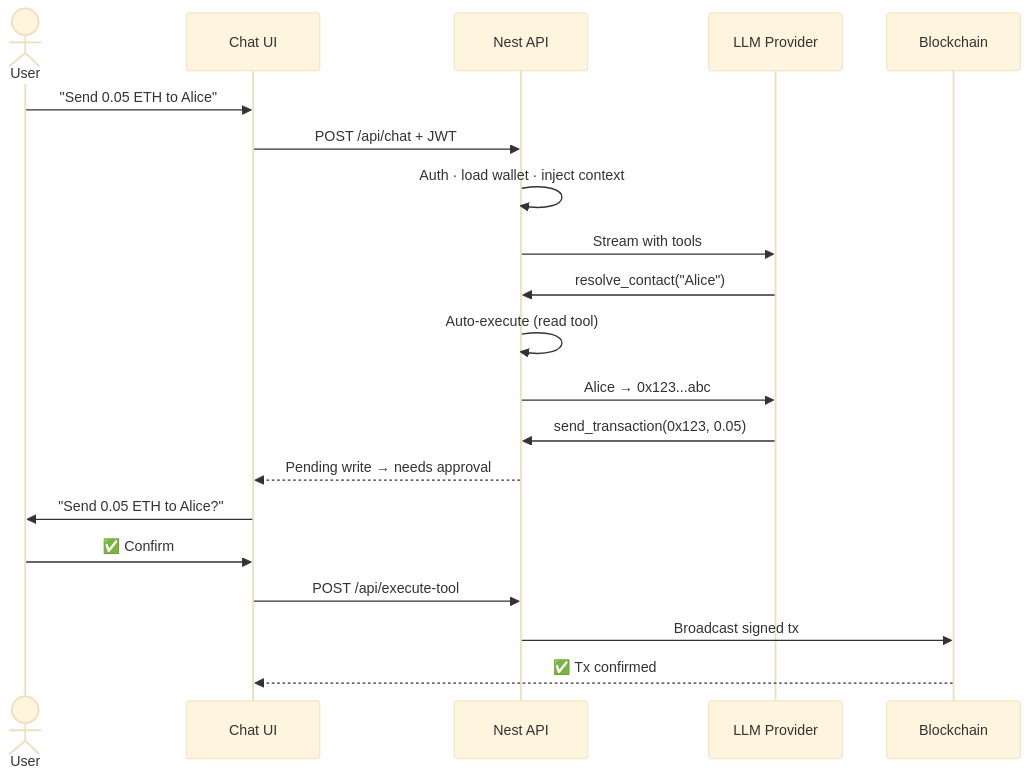
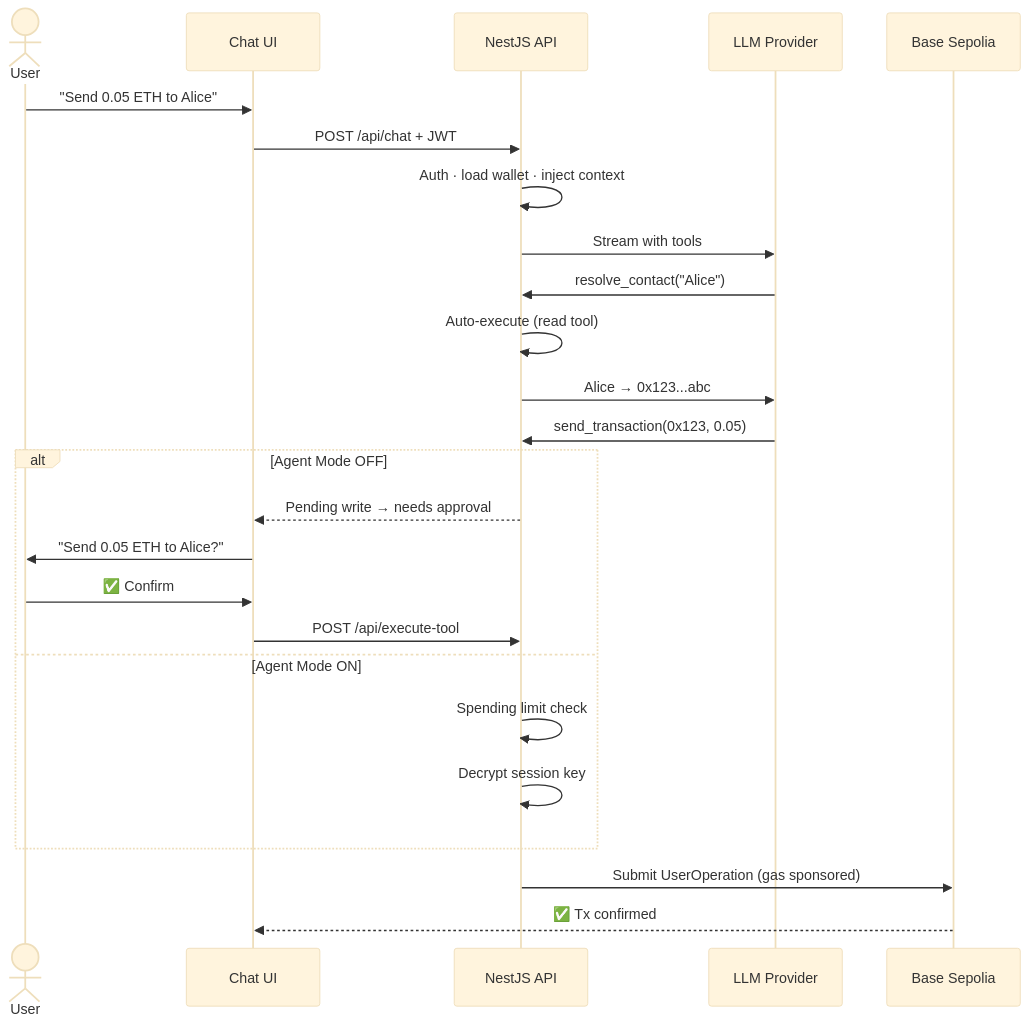
The third of 4 diagrams in README.md (Hitman350/Dimensity), drawn with Mermaid (base theme) before and after one commit. The commit also changed other lines of this file and 17 other files, not shown here.

````diff
--- a/README.md
+++ b/README.md
@@ -207,23 +261,28 @@
 ```mermaid
 sequenceDiagram
     actor User
     participant UI as Chat UI
-    participant API as Nest API
+    participant API as NestJS API
     participant LLM as LLM Provider
-    participant Chain as Blockchain
+    participant Chain as Base Sepolia
 
     User->>UI: "Send 0.05 ETH to Alice"
     UI->>API: POST /api/chat + JWT
     API->>API: Auth · load wallet · inject context
     API->>LLM: Stream with tools
     LLM->>API: resolve_contact("Alice")
     API->>API: Auto-execute (read tool)
     API->>LLM: Alice → 0x123...abc
     LLM->>API: send_transaction(0x123, 0.05)
-    API-->>UI: Pending write → needs approval
-    UI->>User: "Send 0.05 ETH to Alice?"
-    User->>UI: ✅ Confirm
-    UI->>API: POST /api/execute-tool
-    API->>Chain: Broadcast signed tx
+    alt Agent Mode OFF
+        API-->>UI: Pending write → needs approval
+        UI->>User: "Send 0.05 ETH to Alice?"
+        User->>UI: ✅ Confirm
+        UI->>API: POST /api/execute-tool
+    else Agent Mode ON
+        API->>API: Spending limit check
+        API->>API: Decrypt session key
+    end
+    API->>Chain: Submit UserOperation (gas sponsored)
     Chain-->>UI: ✅ Tx confirmed
 ```
````
